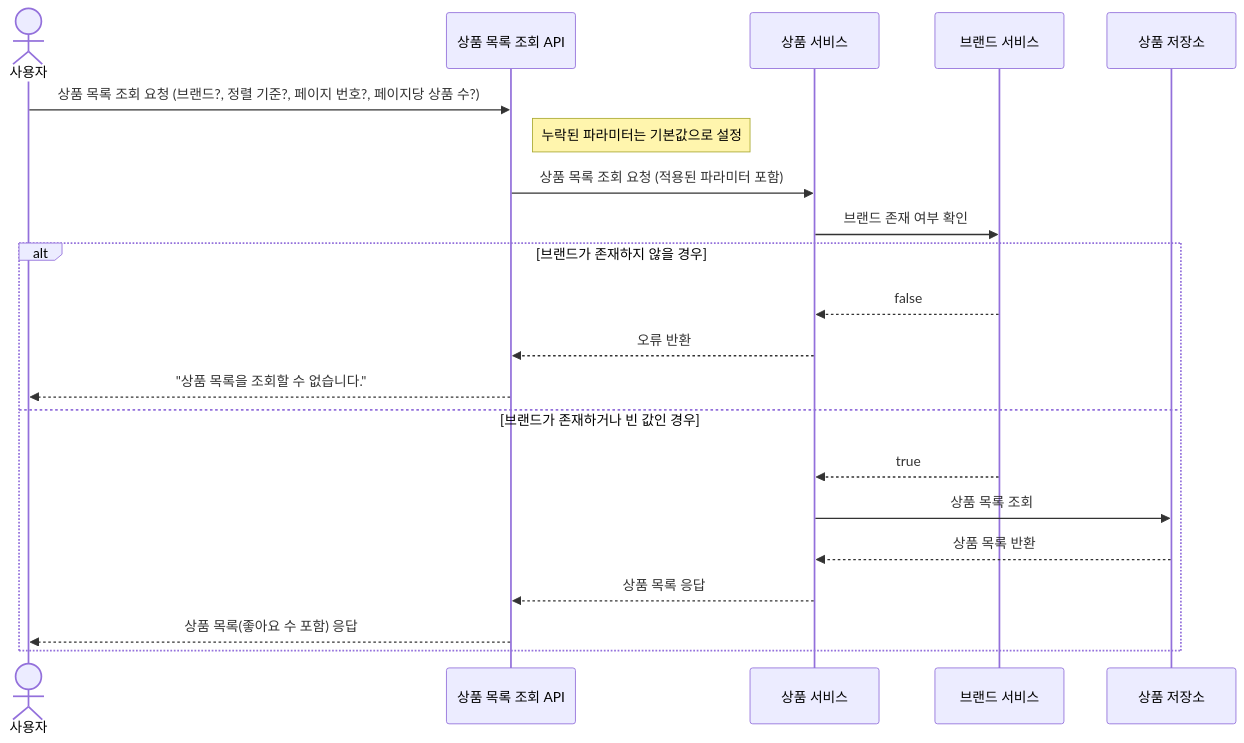
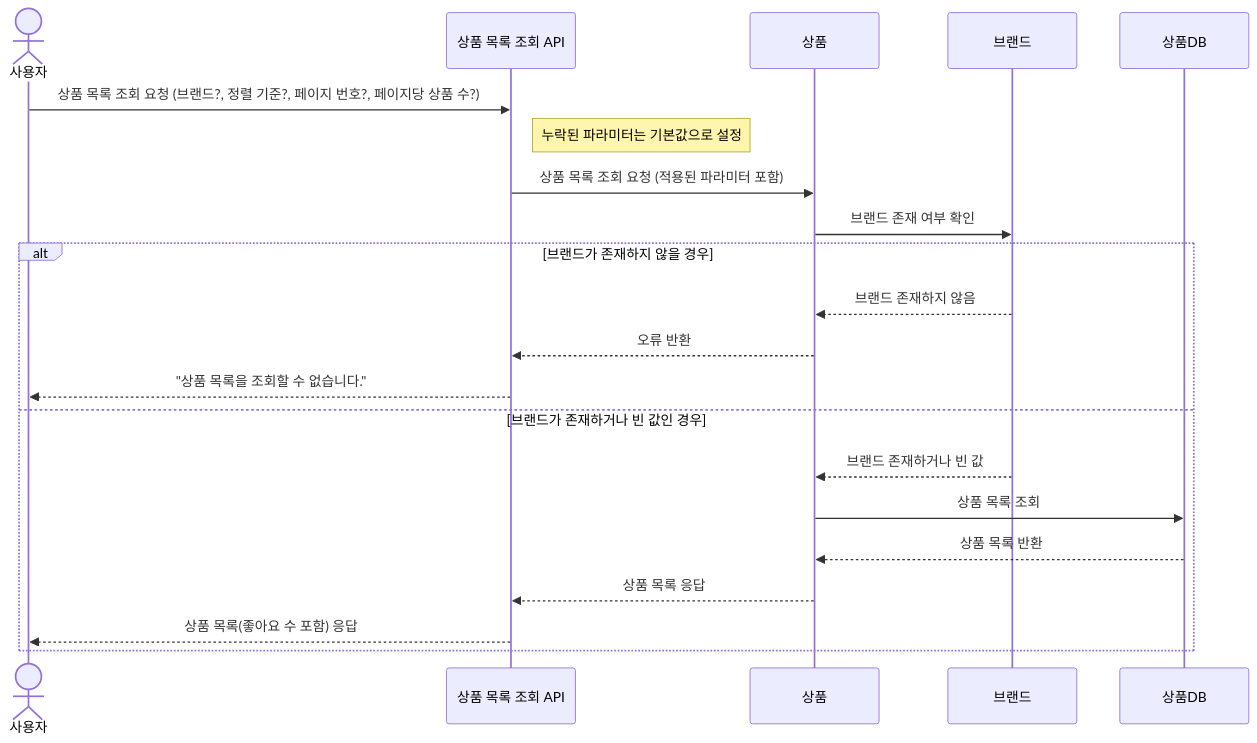
The first of 6 diagrams in docs/design/02-sequence-diagrams.md (kodonghee/loopers-e-commerce), drawn with Mermaid before and after one commit. The commit also changed other lines of this file, not shown here.

Commit message:
fix: 시퀀스 다이어그램 - 고수준으로 변경

````diff
--- a/docs/design/02-sequence-diagrams.md
+++ b/docs/design/02-sequence-diagrams.md
@@ -3,26 +3,26 @@
 ```mermaid
 sequenceDiagram
     actor 사용자
     participant 상품 목록 조회 API
-    participant 상품 서비스
-    participant 브랜드 서비스
-    participant 상품 저장소
+    participant 상품
+    participant 브랜드
+    participant 상품DB
 
     사용자->>상품 목록 조회 API: 상품 목록 조회 요청 (브랜드?, 정렬 기준?, 페이지 번호?, 페이지당 상품 수?)
     Note right of 상품 목록 조회 API: 누락된 파라미터는 기본값으로 설정
 
-    상품 목록 조회 API->>상품 서비스: 상품 목록 조회 요청 (적용된 파라미터 포함)
+    상품 목록 조회 API->>상품: 상품 목록 조회 요청 (적용된 파라미터 포함)
 
-    상품 서비스->>브랜드 서비스: 브랜드 존재 여부 확인
+    상품->>브랜드: 브랜드 존재 여부 확인
     alt 브랜드가 존재하지 않을 경우
-        브랜드 서비스-->>상품 서비스: false
-        상품 서비스-->>상품 목록 조회 API: 오류 반환
+        브랜드-->>상품: 브랜드 존재하지 않음
+        상품-->>상품 목록 조회 API: 오류 반환
         상품 목록 조회 API-->>사용자: "상품 목록을 조회할 수 없습니다."
     else 브랜드가 존재하거나 빈 값인 경우
-        브랜드 서비스-->>상품 서비스: true
-        상품 서비스->>상품 저장소: 상품 목록 조회
-        상품 저장소-->>상품 서비스: 상품 목록 반환
-        상품 서비스-->>상품 목록 조회 API: 상품 목록 응답
+        브랜드-->>상품: 브랜드 존재하거나 빈 값
+        상품->>상품DB: 상품 목록 조회
+        상품DB-->>상품: 상품 목록 반환
+        상품-->>상품 목록 조회 API: 상품 목록 응답
         상품 목록 조회 API-->>사용자: 상품 목록(좋아요 수 포함) 응답
     end
 ```
````
